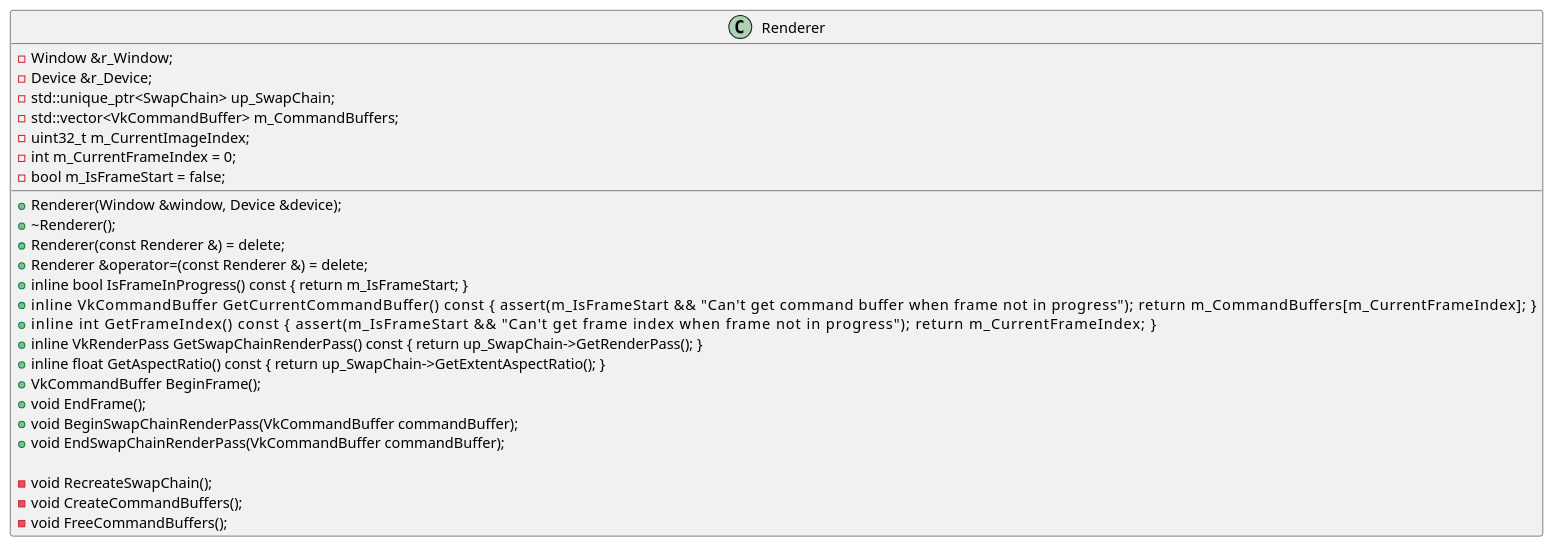
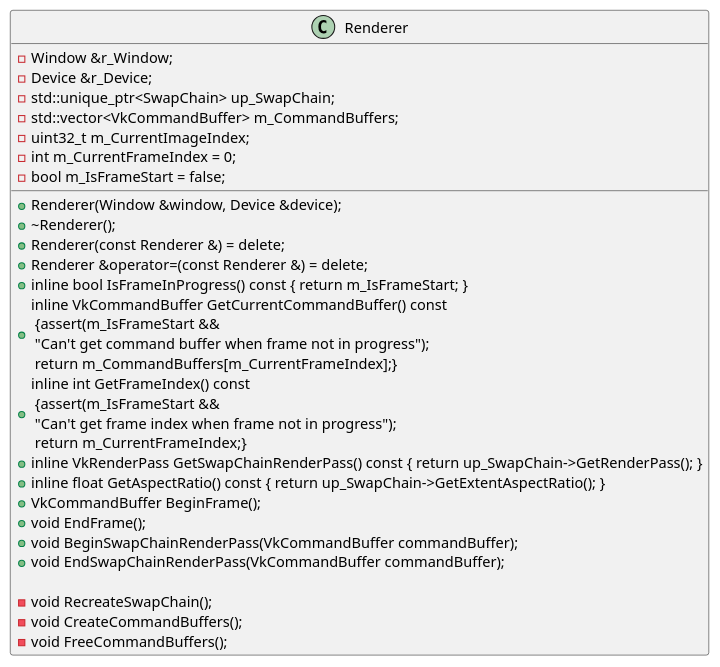
One commit to BravoMando/BasicVulkanWarperUML changed the diagram in src/renderer.pu. Above: the diagram before and after it, drawn with PlantUML. The commit also changed 28 other files, not shown here.

```diff
--- a/src/renderer.pu
+++ b/src/renderer.pu
@@ -1,40 +1,30 @@
 @startuml
 class Renderer
 {
     + Renderer(Window &window, Device &device);
     + \~Renderer();
     + Renderer(const Renderer &) = delete;
     + Renderer &operator=(const Renderer &) = delete;
     + inline bool IsFrameInProgress() const { return m_IsFrameStart; }
-    + inline VkCommandBuffer GetCurrentCommandBuffer() const\
-    {\
-        assert(m_IsFrameStart &&\
-               "Can't get command buffer when frame not in progress");\
-        return m_CommandBuffers[m_CurrentFrameIndex];\
-    }
-    + inline int GetFrameIndex() const\
-    {\
-        assert(m_IsFrameStart &&\
-               "Can't get frame index when frame not in progress");\
-        return m_CurrentFrameIndex;\
-    }
+    + inline VkCommandBuffer GetCurrentCommandBuffer() const\n {assert(m_IsFrameStart &&\n "Can't get command buffer when frame not in progress");\n return m_CommandBuffers[m_CurrentFrameIndex];}
+    + inline int GetFrameIndex() const\n {assert(m_IsFrameStart &&\n "Can't get frame index when frame not in progress");\n return m_CurrentFrameIndex;}
     + inline VkRenderPass GetSwapChainRenderPass() const { return up_SwapChain->GetRenderPass(); }
     + inline float GetAspectRatio() const { return up_SwapChain->GetExtentAspectRatio(); }
     + VkCommandBuffer BeginFrame();
     + void EndFrame();
     + void BeginSwapChainRenderPass(VkCommandBuffer commandBuffer);
     + void EndSwapChainRenderPass(VkCommandBuffer commandBuffer);
 
     - void RecreateSwapChain();
     - void CreateCommandBuffers();
     - void FreeCommandBuffers();
 
     - Window &r_Window;
     - Device &r_Device;
     - std::unique_ptr<SwapChain> up_SwapChain;
     - std::vector<VkCommandBuffer> m_CommandBuffers;
     - uint32_t m_CurrentImageIndex;
     - int m_CurrentFrameIndex = 0;
     - bool m_IsFrameStart = false;
 }
 @enduml
```
